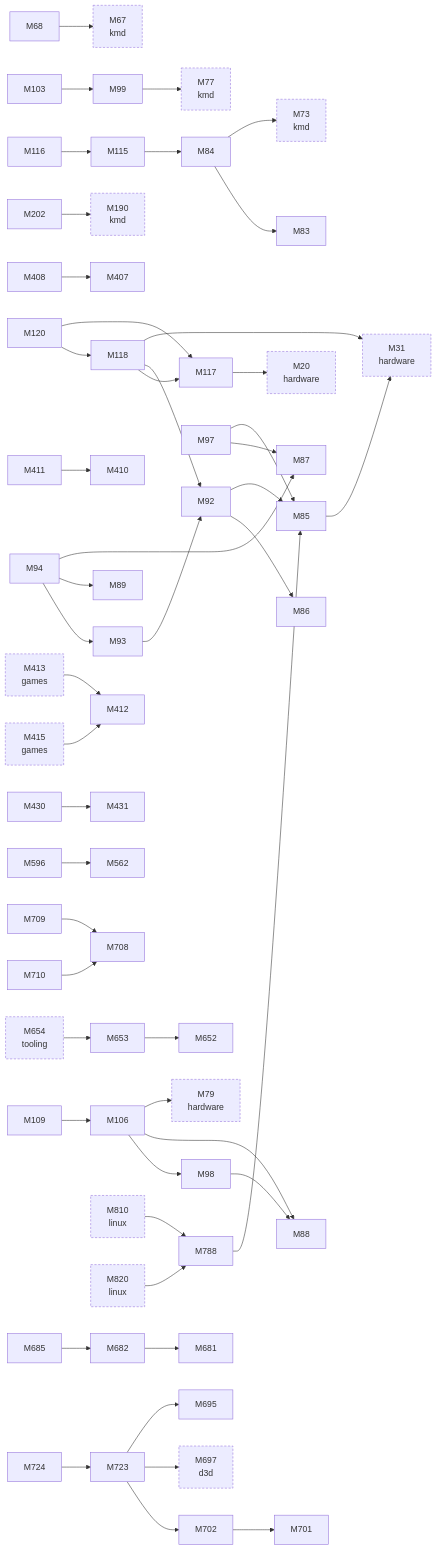
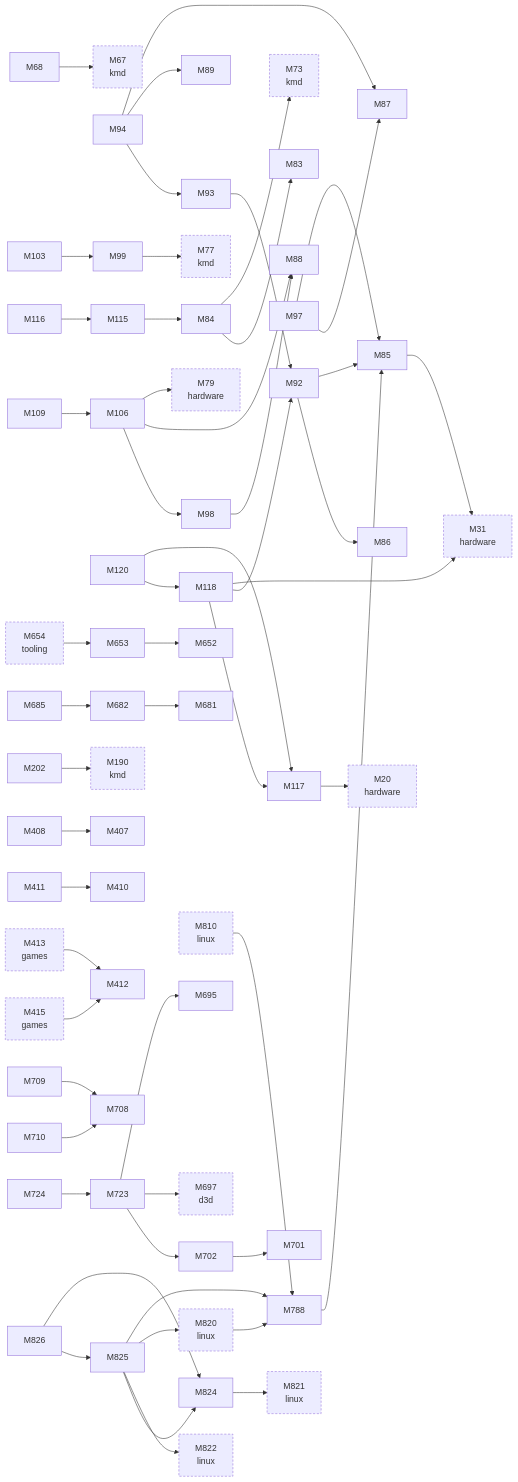
Before and after one commit to D-Ogi/amdgpu-wddm: the second of 3 diagrams in docs/facts/graphs/display.md, drawn with Mermaid. The commit also changed 83 other files, not shown here.

````diff
--- a/docs/facts/graphs/display.md
+++ b/docs/facts/graphs/display.md
@@ -73,10 +73,6 @@
   M412["M412"]
   M413["M413<br/>games"]
   M415["M415<br/>games"]
-  M430["M430"]
-  M431["M431"]
-  M562["M562"]
-  M596["M596"]
   M652["M652"]
   M653["M653"]
   M654["M654<br/>tooling"]
@@ -95,6 +91,11 @@
   M788["M788"]
   M810["M810<br/>linux"]
   M820["M820<br/>linux"]
+  M821["M821<br/>linux"]
+  M822["M822<br/>linux"]
+  M824["M824"]
+  M825["M825"]
+  M826["M826"]
   M68 --> M67
   M84 --> M73
   M84 --> M83
@@ -125,8 +126,6 @@
   M202 --> M190
   M408 --> M407
   M411 --> M410
-  M430 --> M431
-  M596 --> M562
   M653 --> M652
   M682 --> M681
   M685 --> M682
@@ -138,11 +137,18 @@
   M723 --> M702
   M724 --> M723
   M788 --> M85
+  M824 --> M821
+  M825 --> M788
+  M825 --> M820
+  M825 --> M822
+  M825 --> M824
+  M826 --> M824
+  M826 --> M825
   M413 --> M412
   M415 --> M412
   M810 --> M788
   M820 --> M788
   M654 --> M653
   classDef other stroke-dasharray:4 3
-  class M20,M31,M67,M73,M77,M79,M190,M413,M415,M654,M697,M810,M820 other
+  class M20,M31,M67,M73,M77,M79,M190,M413,M415,M654,M697,M810,M820,M821,M822 other
 ```
````
